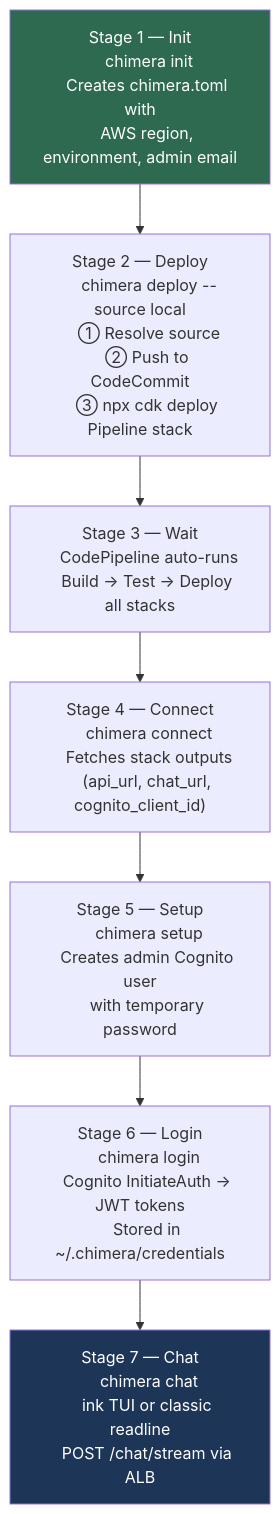
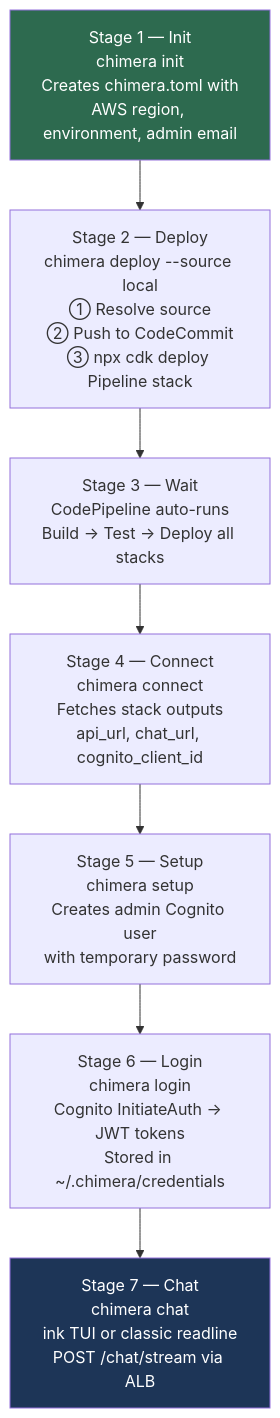
Before and after one commit to Codeseys-Labs/chimera: the second of 6 diagrams in docs/architecture/cli-lifecycle.md, drawn with Mermaid. The commit also changed other lines of this file and 1 other file, not shown here.

First line of the commit message:
fix(docs): apply mermaid diagram syntax fixes from builder-mermaid-fix

````diff
--- a/docs/architecture/cli-lifecycle.md
+++ b/docs/architecture/cli-lifecycle.md
@@ -75,36 +69,15 @@
 ```mermaid
 flowchart TD
-    S1["Stage 1 — Init
-    chimera init
-    Creates chimera.toml with
-    AWS region, environment, admin email"]
-    S2["Stage 2 — Deploy
-    chimera deploy --source local
-    ① Resolve source
-    ② Push to CodeCommit
-    ③ npx cdk deploy Pipeline stack"]
-    S3["Stage 3 — Wait
-    CodePipeline auto-runs
-    Build → Test → Deploy all stacks"]
-    S4["Stage 4 — Connect
-    chimera connect
-    Fetches stack outputs
-    (api_url, chat_url, cognito_client_id)"]
-    S5["Stage 5 — Setup
-    chimera setup
-    Creates admin Cognito user
-    with temporary password"]
-    S6["Stage 6 — Login
-    chimera login
-    Cognito InitiateAuth → JWT tokens
-    Stored in ~/.chimera/credentials"]
-    S7["Stage 7 — Chat
-    chimera chat
-    ink TUI or classic readline
-    POST /chat/stream via ALB"]
+    S1["Stage 1 — Init<br/>chimera init<br/>Creates chimera.toml with<br/>AWS region, environment, admin email"]
+    S2["Stage 2 — Deploy<br/>chimera deploy --source local<br/>① Resolve source<br/>② Push to CodeCommit<br/>③ npx cdk deploy Pipeline stack"]
+    S3["Stage 3 — Wait<br/>CodePipeline auto-runs<br/>Build → Test → Deploy all stacks"]
+    S4["Stage 4 — Connect<br/>chimera connect<br/>Fetches stack outputs<br/>api_url, chat_url, cognito_client_id"]
+    S5["Stage 5 — Setup<br/>chimera setup<br/>Creates admin Cognito user<br/>with temporary password"]
+    S6["Stage 6 — Login<br/>chimera login<br/>Cognito InitiateAuth → JWT tokens<br/>Stored in ~/.chimera/credentials"]
+    S7["Stage 7 — Chat<br/>chimera chat<br/>ink TUI or classic readline<br/>POST /chat/stream via ALB"]
 
     S1 --> S2 --> S3 --> S4 --> S5 --> S6 --> S7
 
     style S1 fill:#2d6a4f,color:#fff
     style S7 fill:#1d3557,color:#fff
 ```
````
